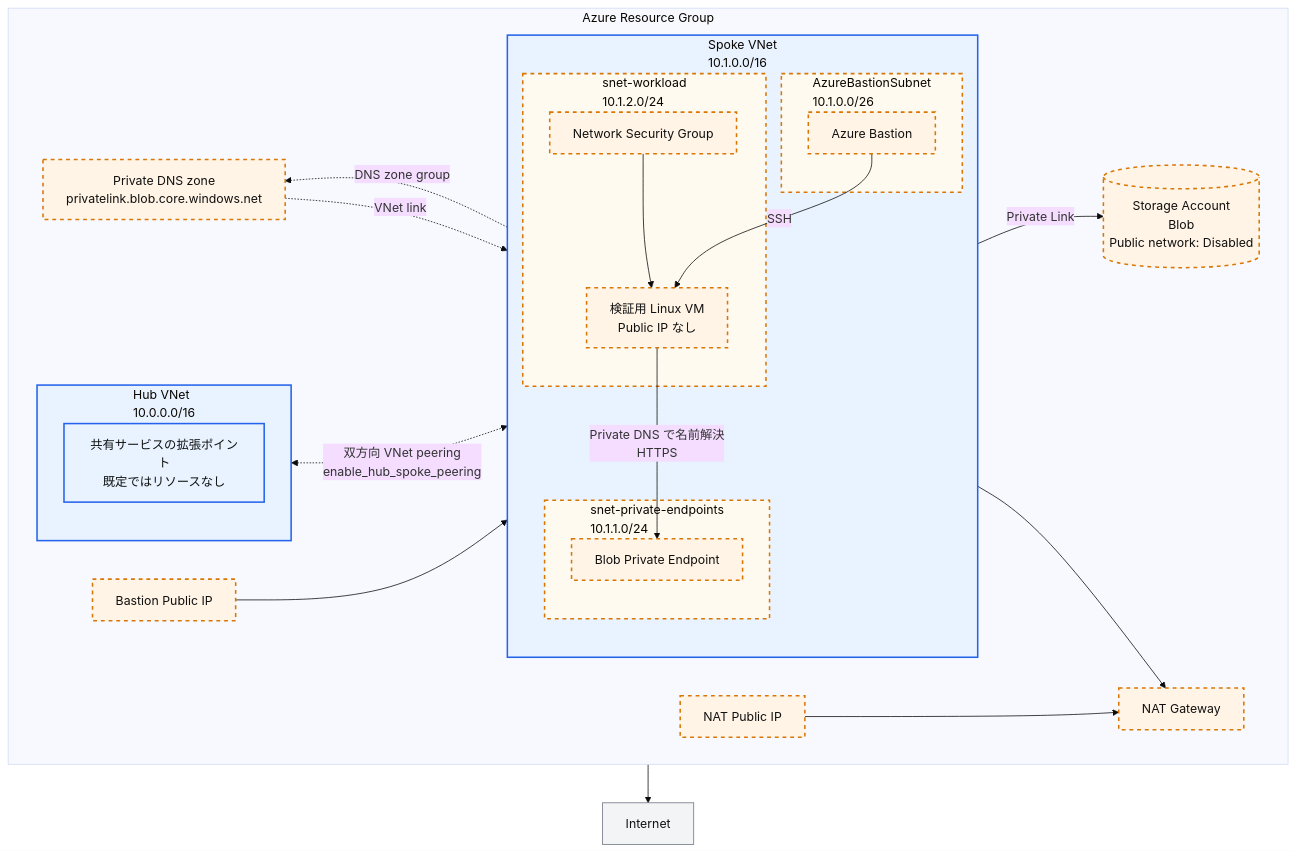
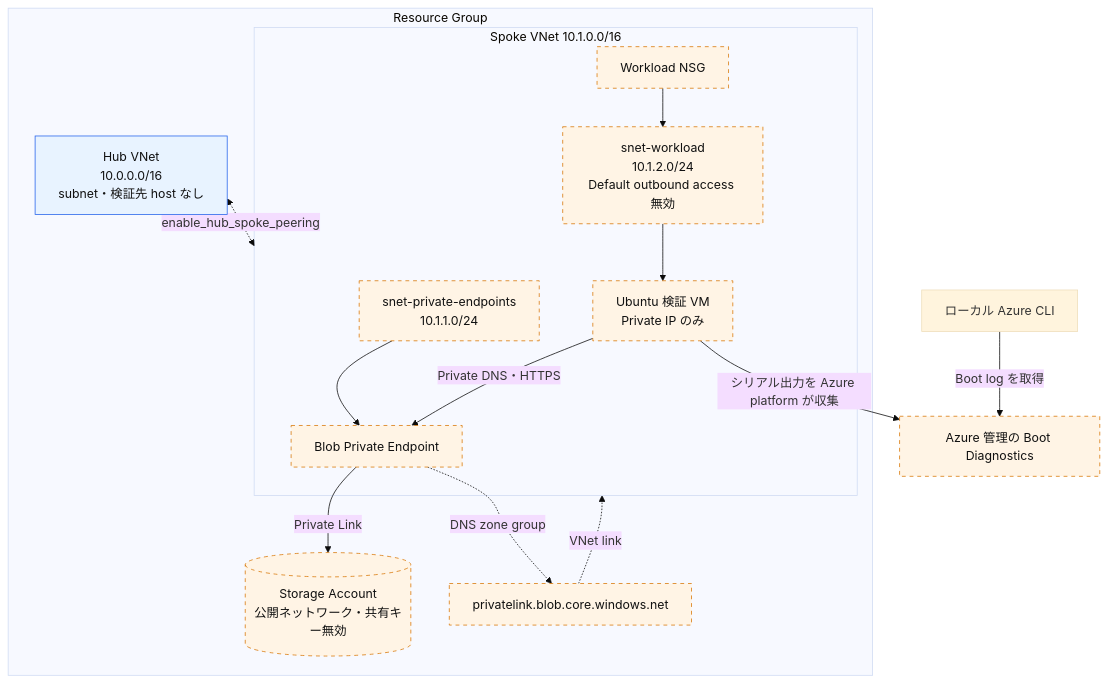
The diagram in infra/scenarios/azure_hub_spoke/README.ja.md (ks6088ts/template-terraform), drawn with Mermaid (base theme) before and after one commit. The commit also changed other lines of this file and 16 other files, not shown here.

First line of the commit message:
Refactor Azure Hub-Spoke Scenario: Remove Bastion and NAT Gateway, Enhance VM Connectivity Validation

````diff
--- a/infra/scenarios/azure_hub_spoke/README.ja.md
+++ b/infra/scenarios/azure_hub_spoke/README.ja.md
@@ -31,64 +21,32 @@
 ```mermaid
 flowchart TB
-    subgraph RG["Azure Resource Group"]
-        direction LR
+    subgraph RG["Resource Group"]
+        Hub["Hub VNet<br/>10.0.0.0/16<br/>subnet・検証先 host なし"]
+        subgraph Spoke["Spoke VNet 10.1.0.0/16"]
+            PESubnet["snet-private-endpoints<br/>10.1.1.0/24"]
+            PE["Blob Private Endpoint"]
+            Workload["snet-workload<br/>10.1.2.0/24<br/>Default outbound access 無効"]
+            NSG["Workload NSG"]
+            VM["Ubuntu 検証 VM<br/>Private IP のみ"]
+            PESubnet --> PE
+            Workload --> VM
+            NSG --> Workload
+        end
+        Storage[("Storage Account<br/>公開ネットワーク・共有キー無効")]
+        DNS["privatelink.blob.core.windows.net"]
+    end
+    Diagnostics["Azure 管理の Boot Diagnostics"]
+    CLI["ローカル Azure CLI"]
+    Hub <-. "enable_hub_spoke_peering" .-> Spoke
+    DNS -. "VNet link" .-> Spoke
+    PE -. "DNS zone group" .-> DNS
+    PE -->|"Private Link"| Storage
+    VM -->|"Private DNS・HTTPS"| PE
+    VM -->|"シリアル出力を Azure platform が収集"| Diagnostics
+    CLI -->|"Boot log を取得"| Diagnostics
 
-        subgraph Hub["Hub VNet<br/>10.0.0.0/16"]
-            HubExtension["共有サービスの拡張ポイント<br/>既定ではリソースなし"]
-        end
-
-        subgraph Spoke["Spoke VNet<br/>10.1.0.0/16"]
-            direction TB
-
-            subgraph PESubnet["snet-private-endpoints<br/>10.1.1.0/24"]
-                PE["Blob Private Endpoint"]
-            end
-
-            subgraph WorkloadSubnet["snet-workload<br/>10.1.2.0/24"]
-                NSG["Network Security Group"]
-                VM["検証用 Linux VM<br/>Public IP なし"]
-                NSG --> VM
-            end
-
-            subgraph BastionSubnet["AzureBastionSubnet<br/>10.1.0.0/26"]
-                Bastion["Azure Bastion"]
-            end
-        end
-
-        Storage[("Storage Account<br/>Blob<br/>Public network: Disabled")]
-        PrivateDNS["Private DNS zone<br/>privatelink.blob.core.windows.net"]
-        BastionPIP["Bastion Public IP"]
-        NAT["NAT Gateway"]
-        NATPIP["NAT Public IP"]
-    end
-
-    Internet["Internet"]
-
-    Hub <-. "双方向 VNet peering<br/>enable_hub_spoke_peering" .-> Spoke
-
-    PE -->|"Private Link"| Storage
-    PE -. "DNS zone group" .-> PrivateDNS
-    PrivateDNS -. "VNet link" .-> Spoke
-    VM -->|"Private DNS で名前解決<br/>HTTPS"| PE
-
-    BastionPIP --> Bastion
-    Bastion -->|"SSH"| VM
-
-    VM --> NAT
-    NATPIP --> NAT
-    NAT --> Internet
-
-    classDef defaultResource fill:#e8f3ff,stroke:#2563eb,stroke-width:2px,color:#111;
-    classDef optionalResource fill:#fff4e5,stroke:#d97706,stroke-width:2px,stroke-dasharray:5 5,color:#111;
-    classDef externalResource fill:#f3f4f6,stroke:#6b7280,stroke-width:1px,color:#111;
-
-    class HubExtension defaultResource;
-    class PE,NSG,VM,Bastion,Storage,PrivateDNS,BastionPIP,NAT,NATPIP optionalResource;
-    class Internet externalResource;
-
-    style Hub fill:#e8f3ff,stroke:#2563eb,stroke-width:2px
-    style Spoke fill:#e8f3ff,stroke:#2563eb,stroke-width:2px
-    style PESubnet fill:#fffaf0,stroke:#d97706,stroke-width:2px,stroke-dasharray:5 5
-    style WorkloadSubnet fill:#fffaf0,stroke:#d97706,stroke-width:2px,stroke-dasharray:5 5
-    style BastionSubnet fill:#fffaf0,stroke:#d97706,stroke-width:2px,stroke-dasharray:5 5
+    classDef defaultResource fill:#e8f3ff,stroke:#2563eb,color:#111;
+    classDef optionalResource fill:#fff4e5,stroke:#d97706,stroke-dasharray:5 5,color:#111;
+    class Hub defaultResource;
+    class PESubnet,PE,Workload,NSG,VM,Storage,DNS,Diagnostics optionalResource;
 ```
````
